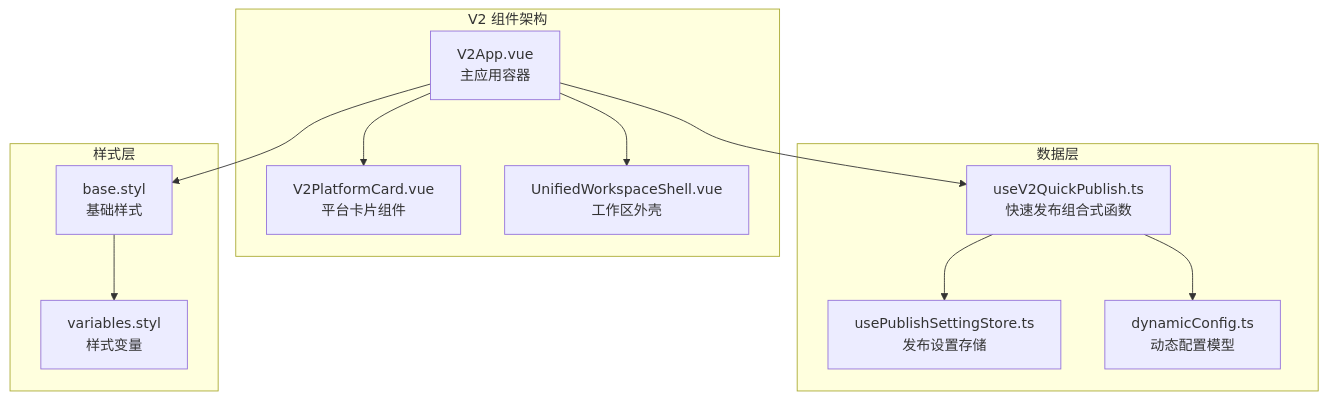
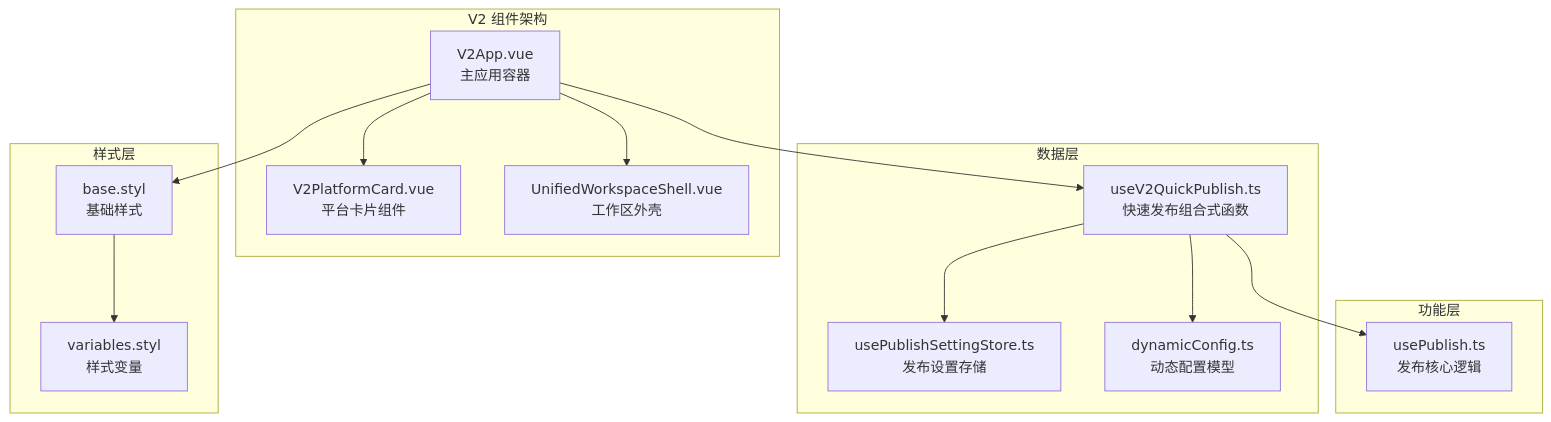
Before and after one commit to terwer/siyuan-plugin-publisher: the first of 12 diagrams in .qoder/repowiki/zh/content/用户界面组件/发布组件/V2 平台卡片组件.md, drawn with Mermaid. The commit also changed other lines of this file and 16 other files, not shown here.

````diff
--- a/.qoder/repowiki/zh/content/用户界面组件/发布组件/V2 平台卡片组件.md
+++ b/.qoder/repowiki/zh/content/用户界面组件/发布组件/V2 平台卡片组件.md
@@ -50,24 +52,28 @@
 ```mermaid
 graph TB
 subgraph "V2 组件架构"
 V2App[V2App.vue<br/>主应用容器]
 Card[V2PlatformCard.vue<br/>平台卡片组件]
 Shell[UnifiedWorkspaceShell.vue<br/>工作区外壳]
 end
 subgraph "数据层"
 Store[usePublishSettingStore.ts<br/>发布设置存储]
 Composable[useV2QuickPublish.ts<br/>快速发布组合式函数]
 Dynamic[dynamicConfig.ts<br/>动态配置模型]
 end
 subgraph "样式层"
 Base[base.styl<br/>基础样式]
 Variables[variables.styl<br/>样式变量]
 end
+subgraph "功能层"
+Publish[usePublish.ts<br/>发布核心逻辑]
+end
 V2App --> Shell
 V2App --> Card
 V2App --> Composable
 Composable --> Store
 Composable --> Dynamic
+Composable --> Publish
 V2App --> Base
 Base --> Variables
 ```
````
